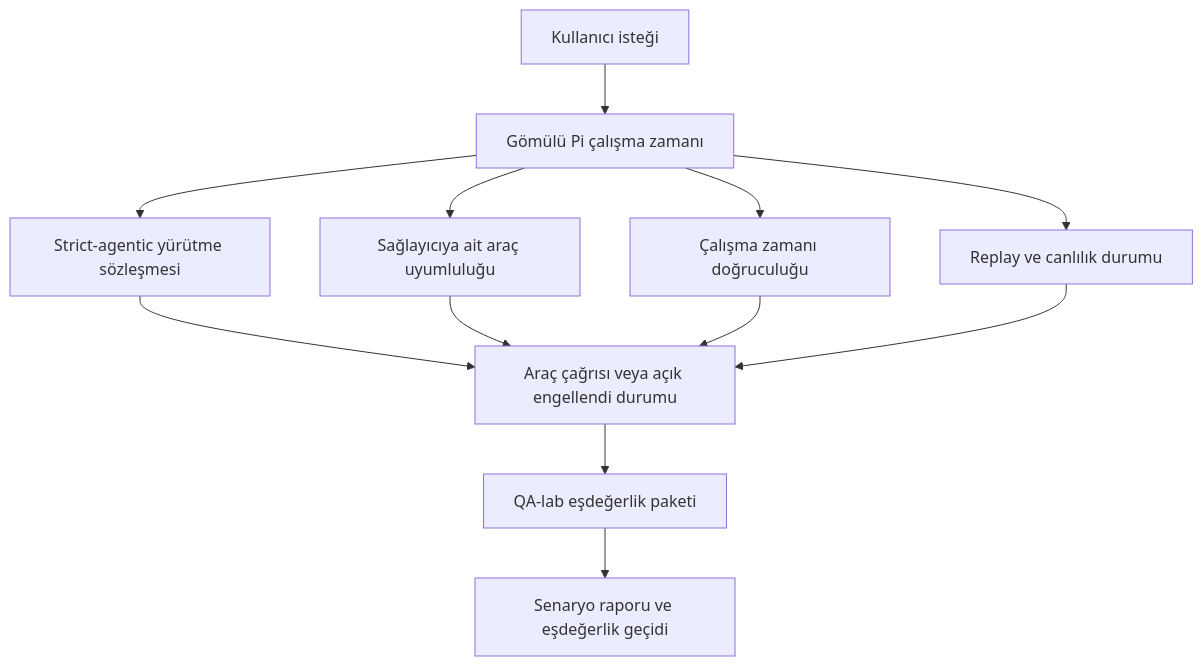
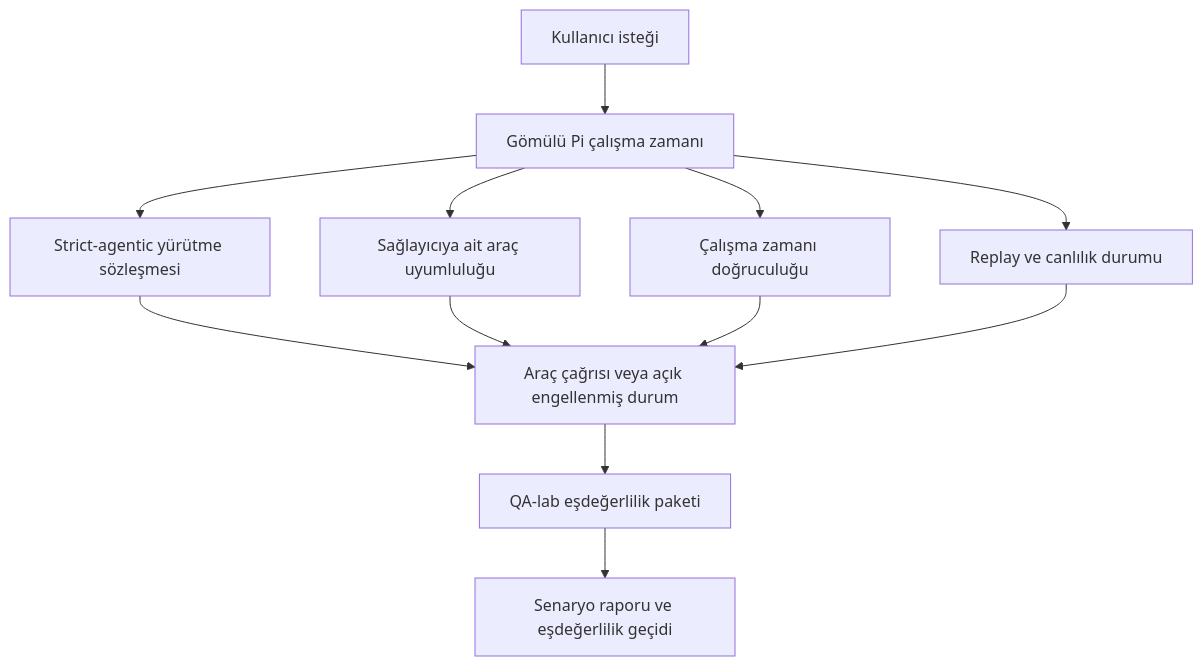
One commit to openclaw/docs changed the first of 2 diagrams in docs/tr/help/gpt54-codex-agentic-parity.md. Above: the diagram before and after it, drawn with Mermaid. The commit also changed other lines of this file and 440 other files, not shown here.

````diff
--- a/docs/tr/help/gpt54-codex-agentic-parity.md
+++ b/docs/tr/help/gpt54-codex-agentic-parity.md
@@ -114,14 +114,14 @@
 ```mermaid
 flowchart TD
     A["Kullanıcı isteği"] --> B["Gömülü Pi çalışma zamanı"]
     B --> C["Strict-agentic yürütme sözleşmesi"]
     B --> D["Sağlayıcıya ait araç uyumluluğu"]
     B --> E["Çalışma zamanı doğruculuğu"]
     B --> F["Replay ve canlılık durumu"]
-    C --> G["Araç çağrısı veya açık engellendi durumu"]
+    C --> G["Araç çağrısı veya açık engellenmiş durum"]
     D --> G
     E --> G
     F --> G
-    G --> H["QA-lab eşdeğerlik paketi"]
-    H --> I["Senaryo raporu ve eşdeğerlik geçidi"]
+    G --> H["QA-lab eşdeğerlilik paketi"]
+    H --> I["Senaryo raporu ve eşdeğerlilik geçidi"]
 ```
````
